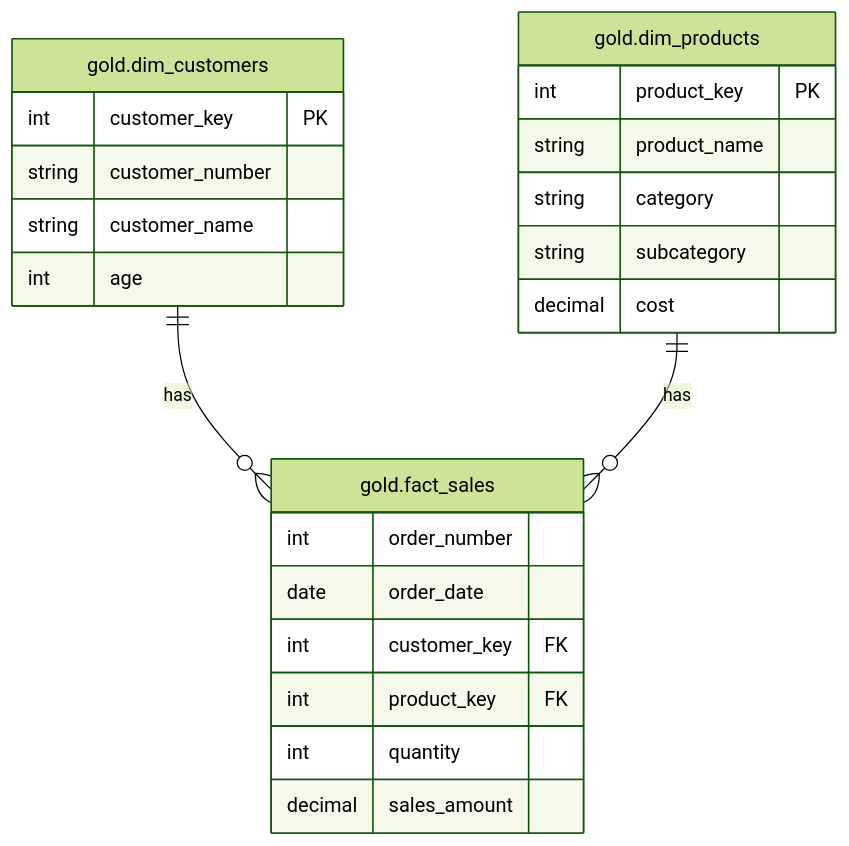
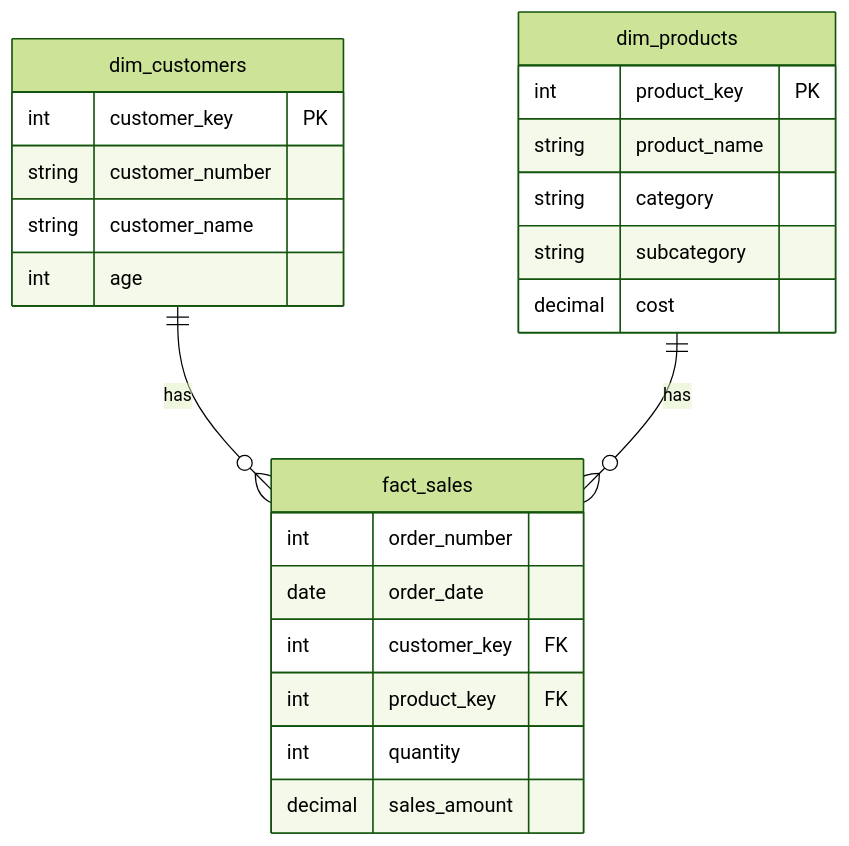
Before and after one commit to Daryllgio/business-performance-analytics-layer: the second of 2 diagrams in README.md, drawn with Mermaid (forest theme).

````diff
--- a/README.md
+++ b/README.md
@@ -51,27 +51,29 @@
 ```mermaid
 erDiagram
-  gold.dim_customers ||--o{ gold.fact_sales : has
-  gold.dim_products  ||--o{ gold.fact_sales : has
+  dim_customers ||--o{ fact_sales : has
+  dim_products  ||--o{ fact_sales : has
 
-  gold.dim_customers {
-    int customer_key PK
+  dim_customers {
+    int    customer_key PK
     string customer_number
     string customer_name
-    int age
+    int    age
   }
-  gold.dim_products {
-    int product_key PK
-    string product_name
-    string category
-    string subcategory
+
+  dim_products {
+    int     product_key PK
+    string  product_name
+    string  category
+    string  subcategory
     decimal cost
   }
-  gold.fact_sales {
-    int order_number
-    date order_date
-    int customer_key FK
-    int product_key FK
-    int quantity
+
+  fact_sales {
+    int     order_number
+    date    order_date
+    int     customer_key FK
+    int     product_key FK
+    int     quantity
     decimal sales_amount
   }
 ```
````
